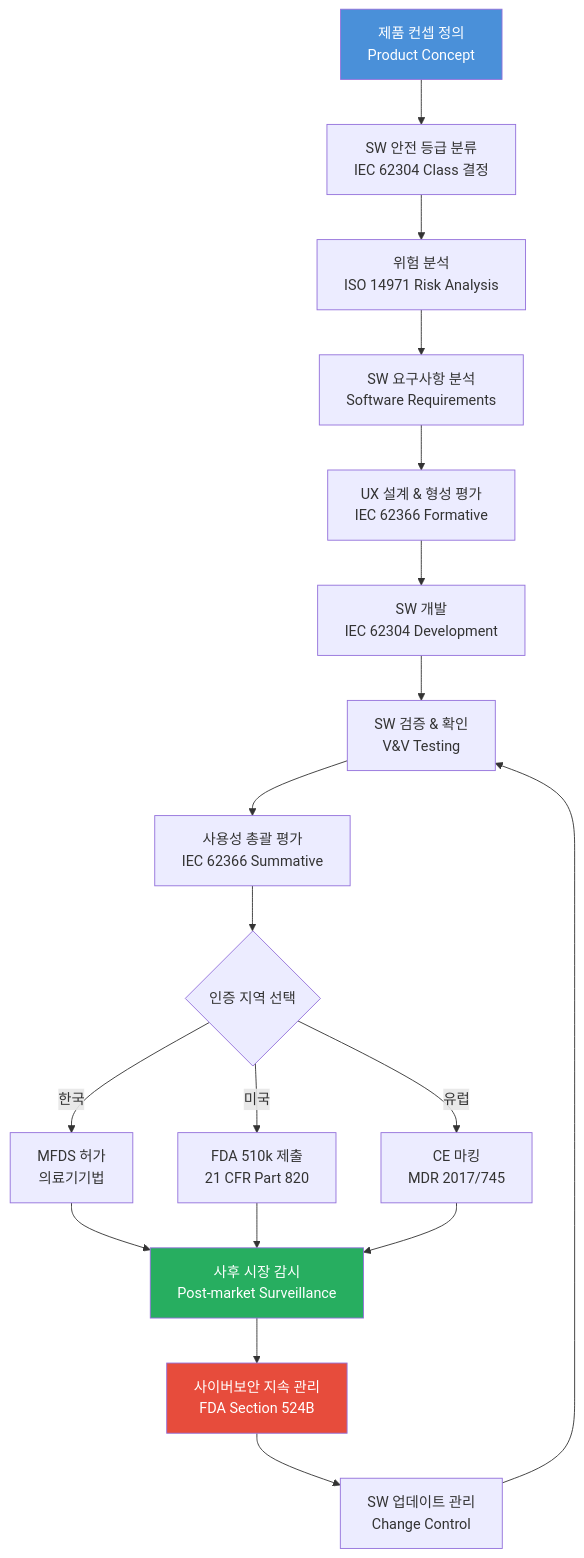
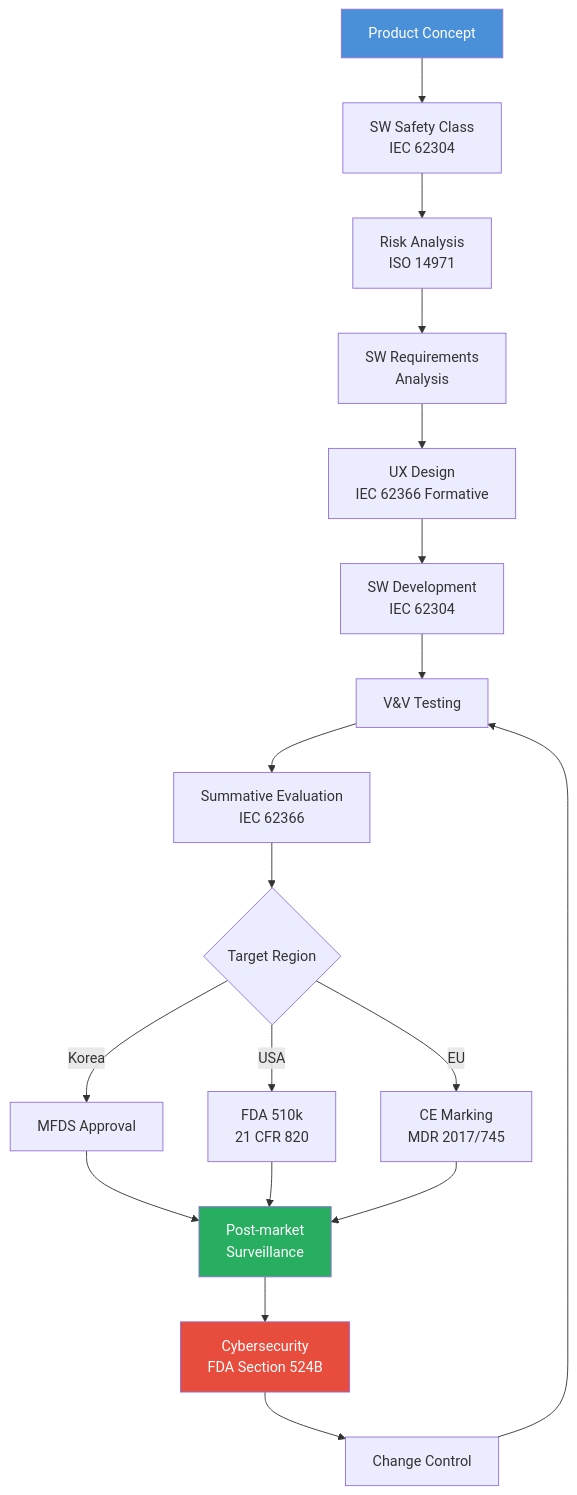
Before and after one commit to holee9/console-gui: the seventh of 7 diagrams in docs/planning/DOC-001_MRD_v2.0.md, drawn with Mermaid. The commit also changed other lines of this file, not shown here.

First line of the commit message:
Fix mermaid chart rendering: replace Korean labels with English

````diff
--- a/docs/planning/DOC-001_MRD_v2.0.md
+++ b/docs/planning/DOC-001_MRD_v2.0.md
@@ -921,24 +921,24 @@
 ```mermaid
 flowchart TD
-    A[제품 컨셉 정의\nProduct Concept] --> B[SW 안전 등급 분류\nIEC 62304 Class 결정]
-    B --> C[위험 분석\nISO 14971 Risk Analysis]
-    C --> D[SW 요구사항 분석\nSoftware Requirements]
-    D --> E[UX 설계 & 형성 평가\nIEC 62366 Formative]
-    E --> F[SW 개발\nIEC 62304 Development]
-    F --> G[SW 검증 & 확인\nV&V Testing]
-    G --> H[사용성 총괄 평가\nIEC 62366 Summative]
-    H --> I{인증 지역 선택}
-    I --> |한국| J[MFDS 허가\n의료기기법]
-    I --> |미국| K[FDA 510k 제출\n21 CFR Part 820]
-    I --> |유럽| L[CE 마킹\nMDR 2017/745]
-    J --> M[사후 시장 감시\nPost-market Surveillance]
+    A[Product Concept] --> B[SW Safety Class\nIEC 62304]
+    B --> C[Risk Analysis\nISO 14971]
+    C --> D[SW Requirements\nAnalysis]
+    D --> E[UX Design\nIEC 62366 Formative]
+    E --> F[SW Development\nIEC 62304]
+    F --> G[V&V Testing]
+    G --> H[Summative Evaluation\nIEC 62366]
+    H --> I{Target Region}
+    I --> |Korea| J[MFDS Approval]
+    I --> |USA| K[FDA 510k\n21 CFR 820]
+    I --> |EU| L[CE Marking\nMDR 2017/745]
+    J --> M[Post-market\nSurveillance]
     K --> M
     L --> M
-    M --> N[사이버보안 지속 관리\nFDA Section 524B]
-    N --> O[SW 업데이트 관리\nChange Control]
+    M --> N[Cybersecurity\nFDA Section 524B]
+    N --> O[Change Control]
     O --> G
 
     style A fill:#4A90D9,color:#fff
     style M fill:#27AE60,color:#fff
     style N fill:#E74C3C,color:#fff
 ```
````
